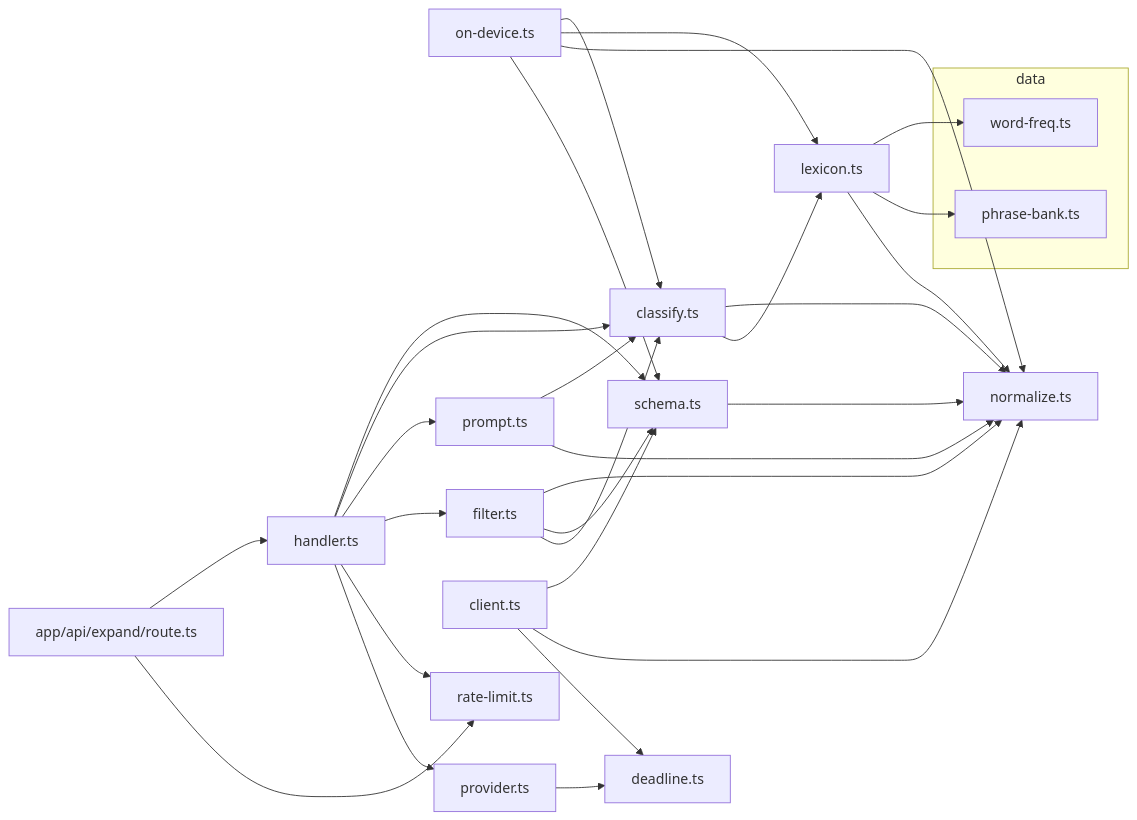
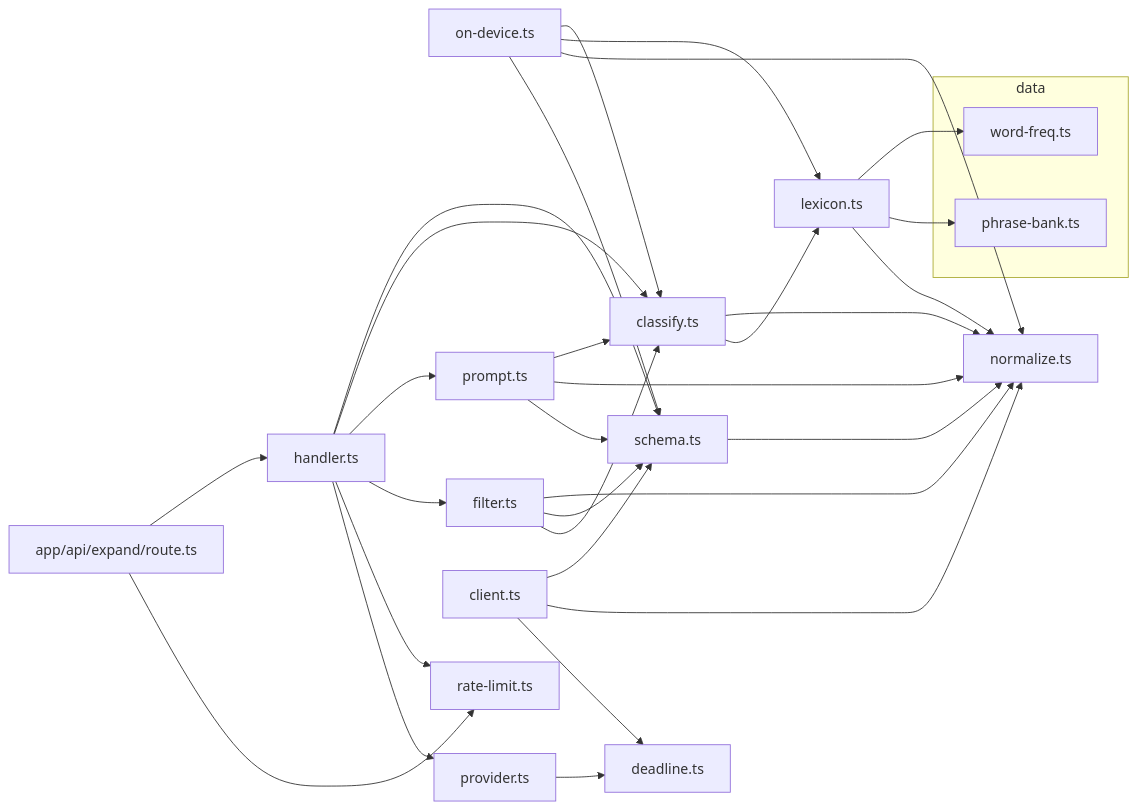
The first of 3 diagrams in .kiro/specs/expansion/design.md (Chinteyley/dit), drawn with Mermaid before and after one commit. The commit also changed other lines of this file and 30 other files, not shown here.

````diff
--- a/.kiro/specs/expansion/design.md
+++ b/.kiro/specs/expansion/design.md
@@ -70,31 +70,31 @@
 ```mermaid
 flowchart LR
   subgraph data
     WF[word-freq.ts]
     PB[phrase-bank.ts]
   end
   N[normalize.ts]
   S[schema.ts]
   L[lexicon.ts]
   C[classify.ts]
   OD[on-device.ts]
   P[prompt.ts]
   F[filter.ts]
   RL[rate-limit.ts]
   D[deadline.ts]
   PR[provider.ts]
   H[handler.ts]
   CL[client.ts]
   R[app/api/expand/route.ts]
 
   S --> N
   L --> WF & PB & N
   C --> N & L
   OD --> C & L & N & S
-  P --> C & N
+  P --> C & N & S
   F --> N & S & C
   PR --> D
   H --> S & C & P & F & RL & PR
   CL --> S & N & D
   R --> H & RL
 ```
````
